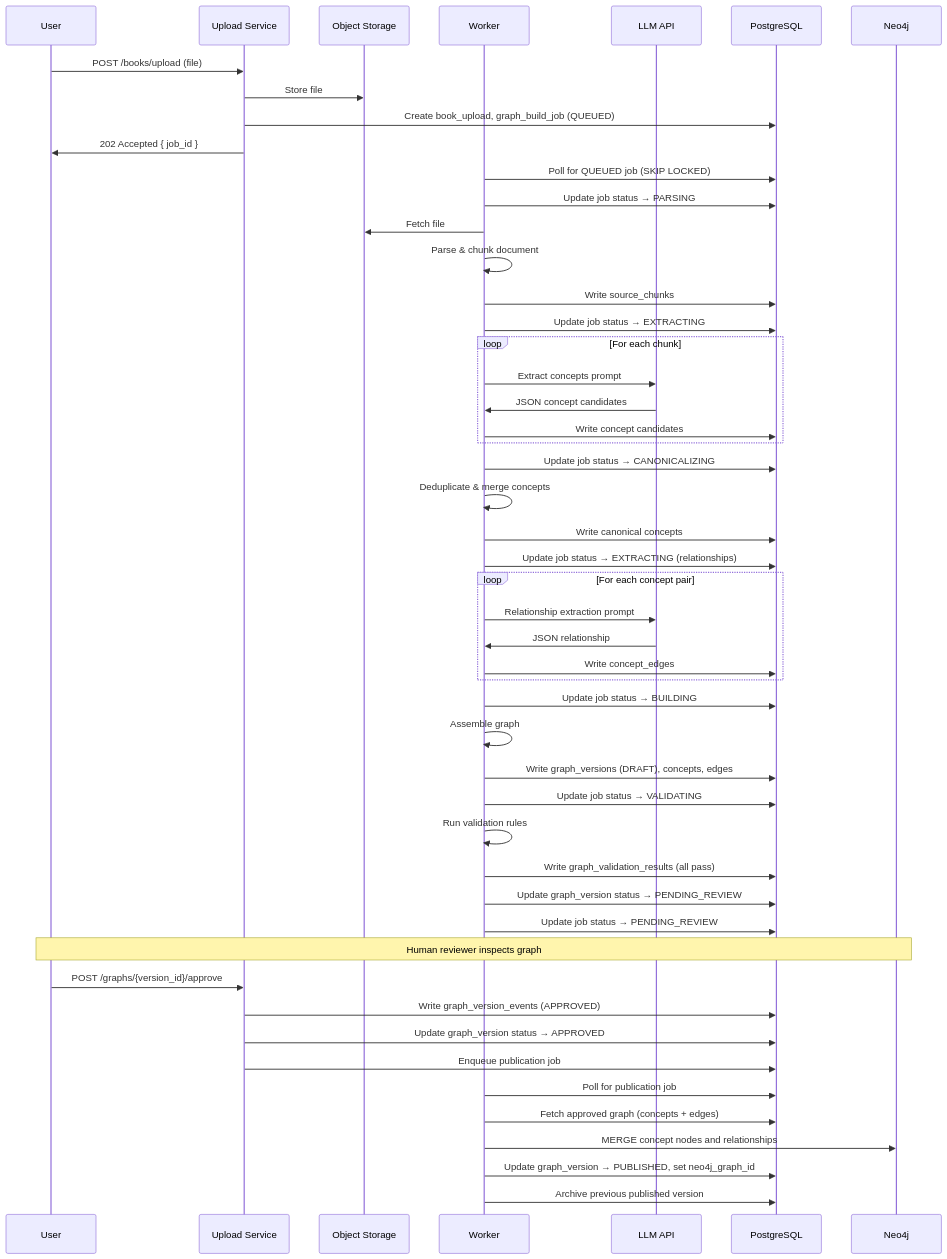
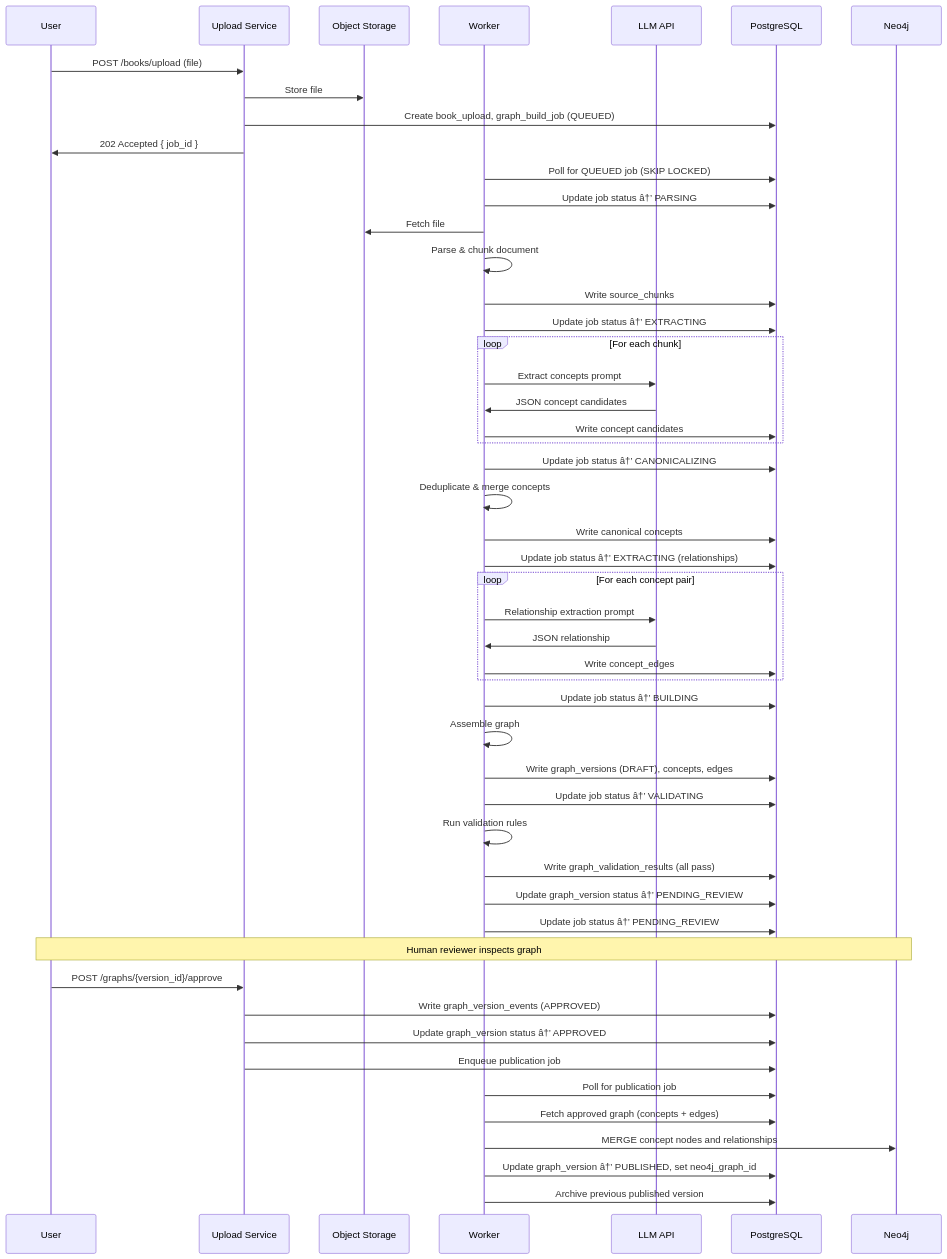
The first of 4 diagrams in docs/architecture/ingestion_pipeline.md (Ujjwaljain16/GenAI-34), drawn with Mermaid before and after one commit. The commit also changed other lines of this file and 8 other files, not shown here.

````diff
--- a/docs/architecture/ingestion_pipeline.md
+++ b/docs/architecture/ingestion_pipeline.md
@@ -1168,63 +1168,63 @@
 ```mermaid
 sequenceDiagram
     participant U as User
     participant API as Upload Service
     participant S3 as Object Storage
     participant W as Worker
     participant LLM as LLM API
     participant PG as PostgreSQL
     participant N4J as Neo4j
 
     U->>API: POST /books/upload (file)
     API->>S3: Store file
     API->>PG: Create book_upload, graph_build_job (QUEUED)
     API->>U: 202 Accepted { job_id }
 
     W->>PG: Poll for QUEUED job (SKIP LOCKED)
-    W->>PG: Update job status → PARSING
+    W->>PG: Update job status â†’ PARSING
     W->>S3: Fetch file
     W->>W: Parse & chunk document
     W->>PG: Write source_chunks
-    W->>PG: Update job status → EXTRACTING
+    W->>PG: Update job status â†’ EXTRACTING
 
     loop For each chunk
         W->>LLM: Extract concepts prompt
         LLM->>W: JSON concept candidates
         W->>PG: Write concept candidates
     end
 
-    W->>PG: Update job status → CANONICALIZING
+    W->>PG: Update job status â†’ CANONICALIZING
     W->>W: Deduplicate & merge concepts
     W->>PG: Write canonical concepts
 
-    W->>PG: Update job status → EXTRACTING (relationships)
+    W->>PG: Update job status â†’ EXTRACTING (relationships)
     loop For each concept pair
         W->>LLM: Relationship extraction prompt
         LLM->>W: JSON relationship
         W->>PG: Write concept_edges
     end
 
-    W->>PG: Update job status → BUILDING
+    W->>PG: Update job status â†’ BUILDING
     W->>W: Assemble graph
     W->>PG: Write graph_versions (DRAFT), concepts, edges
 
-    W->>PG: Update job status → VALIDATING
+    W->>PG: Update job status â†’ VALIDATING
     W->>W: Run validation rules
     W->>PG: Write graph_validation_results (all pass)
 
-    W->>PG: Update graph_version status → PENDING_REVIEW
-    W->>PG: Update job status → PENDING_REVIEW
+    W->>PG: Update graph_version status â†’ PENDING_REVIEW
+    W->>PG: Update job status â†’ PENDING_REVIEW
 
     Note over U,N4J: Human reviewer inspects graph
 
     U->>API: POST /graphs/{version_id}/approve
     API->>PG: Write graph_version_events (APPROVED)
-    API->>PG: Update graph_version status → APPROVED
+    API->>PG: Update graph_version status â†’ APPROVED
     API->>PG: Enqueue publication job
 
     W->>PG: Poll for publication job
     W->>PG: Fetch approved graph (concepts + edges)
     W->>N4J: MERGE concept nodes and relationships
-    W->>PG: Update graph_version → PUBLISHED, set neo4j_graph_id
+    W->>PG: Update graph_version â†’ PUBLISHED, set neo4j_graph_id
     W->>PG: Archive previous published version
 ```
````
